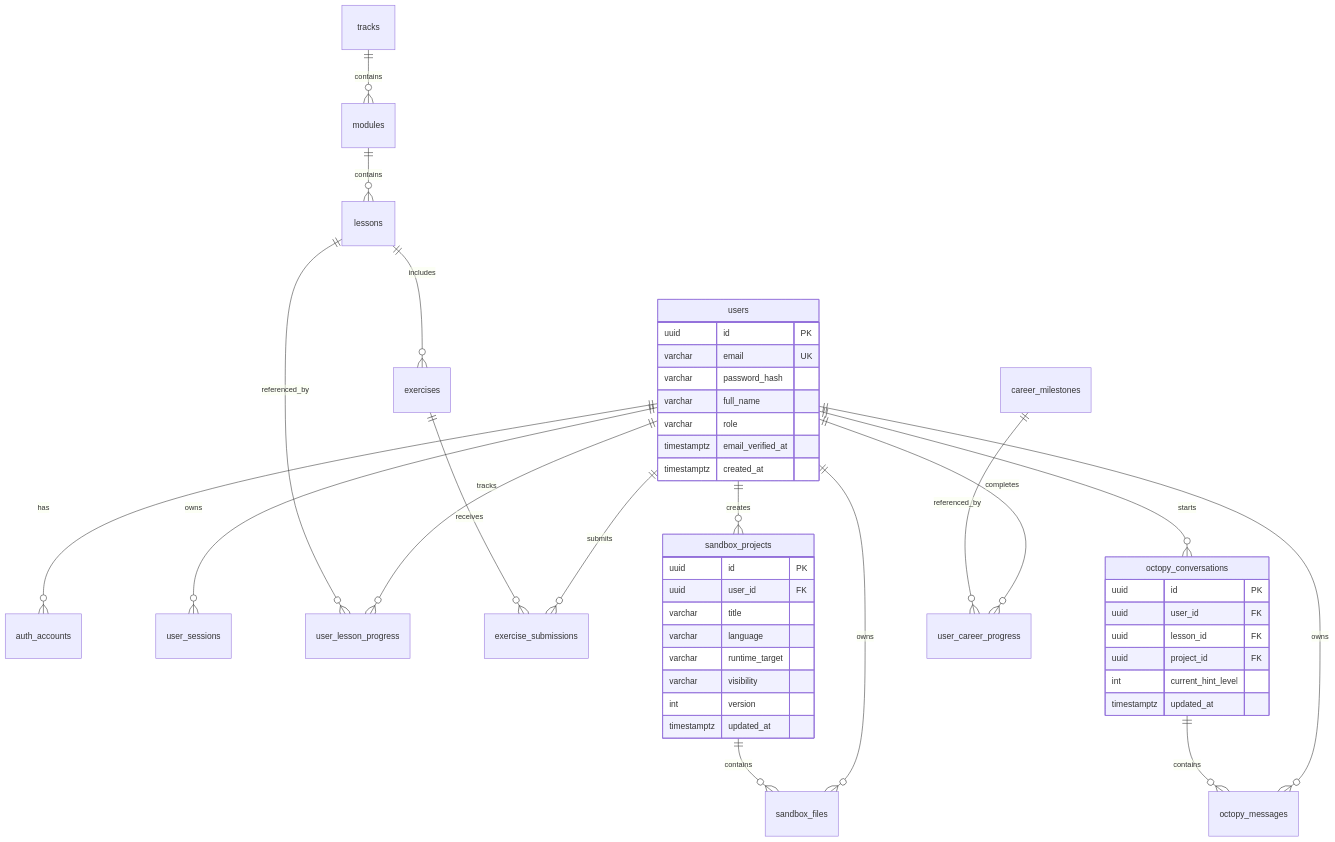
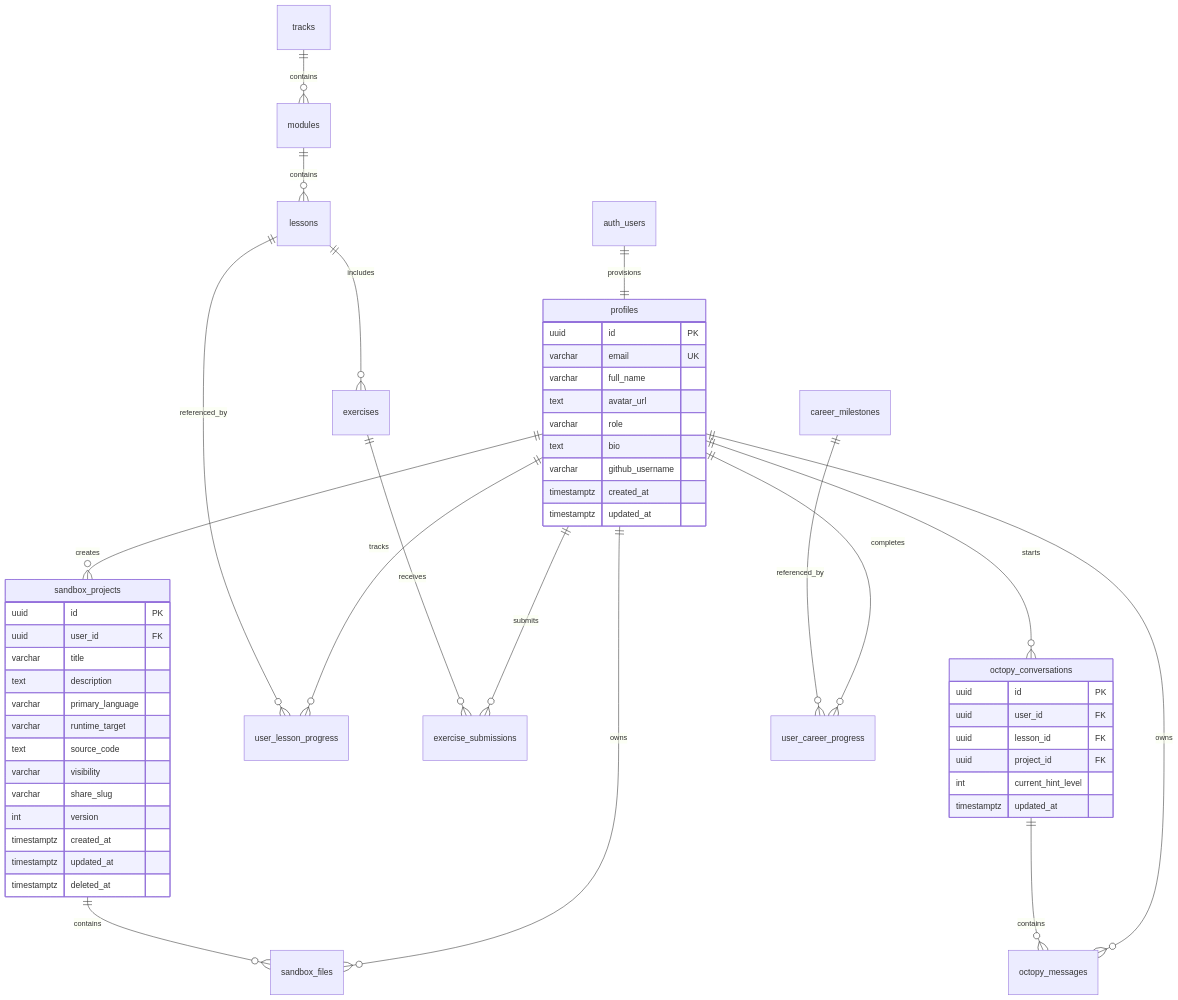
The diagram in docs/banco-de-dados.md (siriuszzz17/Codit), drawn with Mermaid before and after one commit. The commit also changed other lines of this file and 28 other files, not shown here.

````diff
--- a/docs/banco-de-dados.md
+++ b/docs/banco-de-dados.md
@@ -46,52 +47,58 @@
 ```mermaid
 erDiagram
-    users ||--o{ auth_accounts : has
-    users ||--o{ user_sessions : owns
-    users ||--o{ user_lesson_progress : tracks
-    users ||--o{ exercise_submissions : submits
-    users ||--o{ sandbox_projects : creates
-    users ||--o{ sandbox_files : owns
-    users ||--o{ octopy_conversations : starts
-    users ||--o{ octopy_messages : owns
-    users ||--o{ user_career_progress : completes
+    auth_users ||--|| profiles : provisions
+    profiles ||--o{ sandbox_projects : creates
+    profiles ||--o{ user_lesson_progress : tracks
+    profiles ||--o{ exercise_submissions : submits
+    profiles ||--o{ sandbox_files : owns
+    profiles ||--o{ octopy_conversations : starts
+    profiles ||--o{ octopy_messages : owns
+    profiles ||--o{ user_career_progress : completes
 
     tracks ||--o{ modules : contains
     modules ||--o{ lessons : contains
     lessons ||--o{ exercises : includes
     lessons ||--o{ user_lesson_progress : referenced_by
     exercises ||--o{ exercise_submissions : receives
 
     sandbox_projects ||--o{ sandbox_files : contains
     octopy_conversations ||--o{ octopy_messages : contains
     career_milestones ||--o{ user_career_progress : referenced_by
 
-    users {
+    profiles {
         uuid id PK
         varchar email UK
-        varchar password_hash
         varchar full_name
+        text avatar_url
         varchar role
-        timestamptz email_verified_at
+        text bio
+        varchar github_username
         timestamptz created_at
+        timestamptz updated_at
     }
 
     sandbox_projects {
         uuid id PK
         uuid user_id FK
         varchar title
-        varchar language
+        text description
+        varchar primary_language
         varchar runtime_target
+        text source_code
         varchar visibility
+        varchar share_slug
         int version
+        timestamptz created_at
         timestamptz updated_at
+        timestamptz deleted_at
     }
 
     octopy_conversations {
         uuid id PK
         uuid user_id FK
         uuid lesson_id FK
         uuid project_id FK
         int current_hint_level
         timestamptz updated_at
     }
 ```
````
